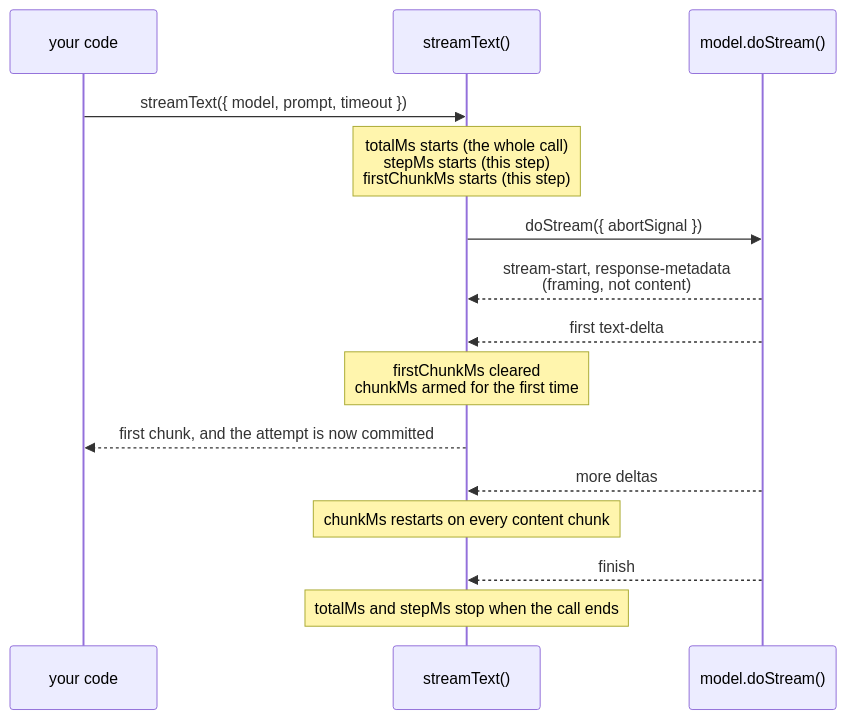
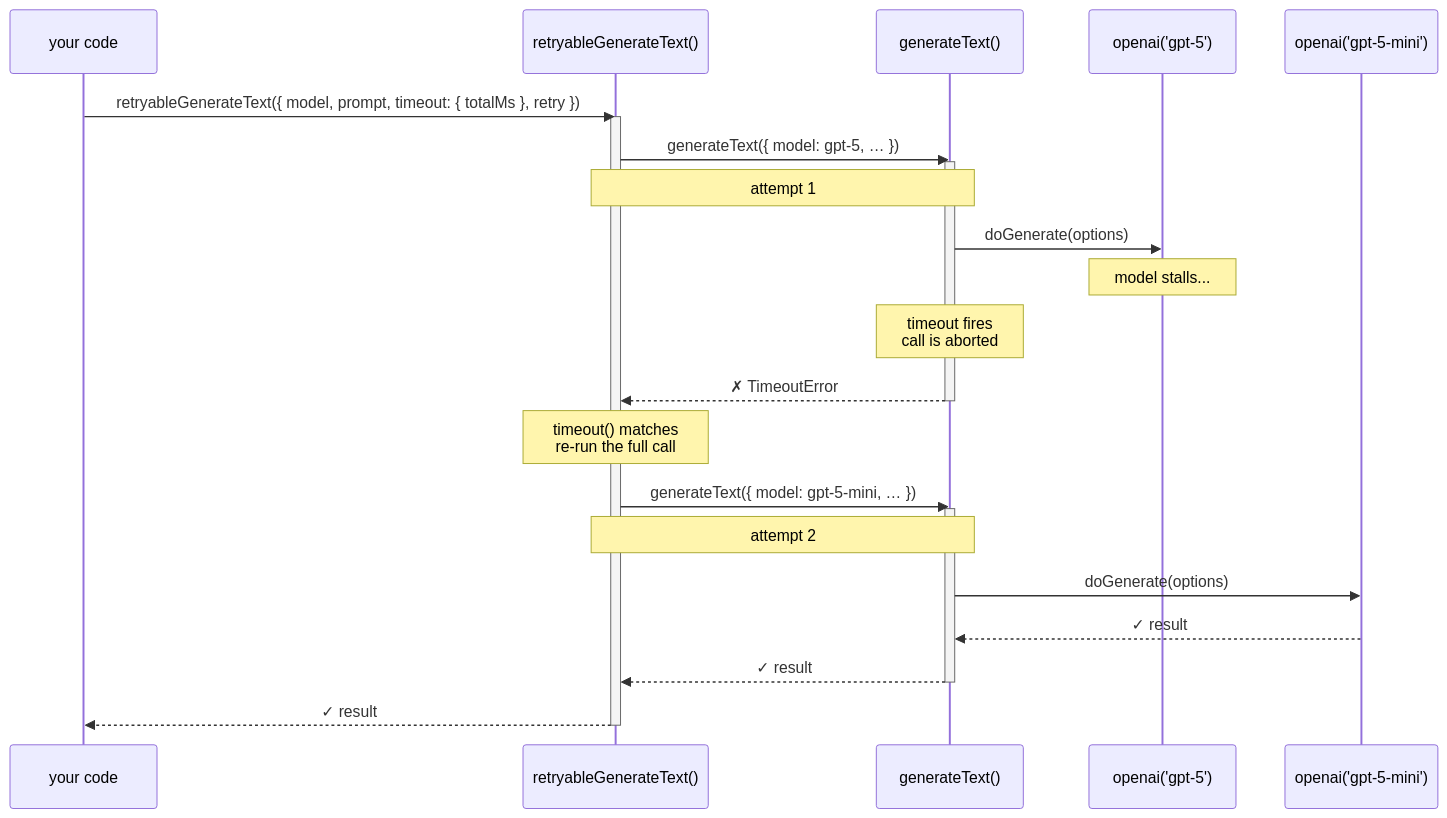
Before and after one commit to zirkelc/ai-retry: the second of 2 diagrams in README.md, drawn with Mermaid. The commit also changed other lines of this file and 44 other files, not shown here.

First line of the commit message:
feat: promote call-level retry functions to stable (#79)

````diff
--- a/README.md
+++ b/README.md
@@ -1102,18 +83,33 @@
 ```mermaid
 sequenceDiagram
-  participant You as your code
-  participant Call as streamText()
-  participant Model as model.doStream()
+    participant You as your code
+    participant RC as retryableGenerateText()
+    participant SDK as generateText()
+    participant M as openai('gpt-5')
+    participant F as openai('gpt-5-mini')
 
-  You->>Call: streamText({ model, prompt, timeout })
-  Note over Call: totalMs starts (the whole call)<br>stepMs starts (this step)<br>firstChunkMs starts (this step)
-  Call->>Model: doStream({ abortSignal })
-  Model-->>Call: stream-start, response-metadata<br>(framing, not content)
-  Model-->>Call: first text-delta
-  Note over Call: firstChunkMs cleared<br>chunkMs armed for the first time
-  Call-->>You: first chunk, and the attempt is now committed
-  Model-->>Call: more deltas
-  Note over Call: chunkMs restarts on every content chunk
-  Model-->>Call: finish
-  Note over Call: totalMs and stepMs stop when the call ends
+    You->>RC: retryableGenerateText({ model, prompt, timeout: { totalMs }, retry })
+    activate RC
+
+    RC->>SDK: generateText({ model: gpt-5, … })
+    activate SDK
+    Note over RC,SDK: attempt 1
+    SDK->>M: doGenerate(options)
+    Note over M: model stalls...
+    Note over SDK: timeout fires <br/>call is aborted
+    SDK-->>RC: ✗ TimeoutError
+    deactivate SDK
+
+    Note over RC: timeout() matches<br/>re-run the full call
+
+    RC->>SDK: generateText({ model: gpt-5-mini, … })
+    activate SDK
+    Note over RC,SDK: attempt 2
+    SDK->>F: doGenerate(options)
+    F-->>SDK: ✓ result
+    SDK-->>RC: ✓ result
+    deactivate SDK
+
+    RC-->>You: ✓ result
+    deactivate RC
 ```
````
